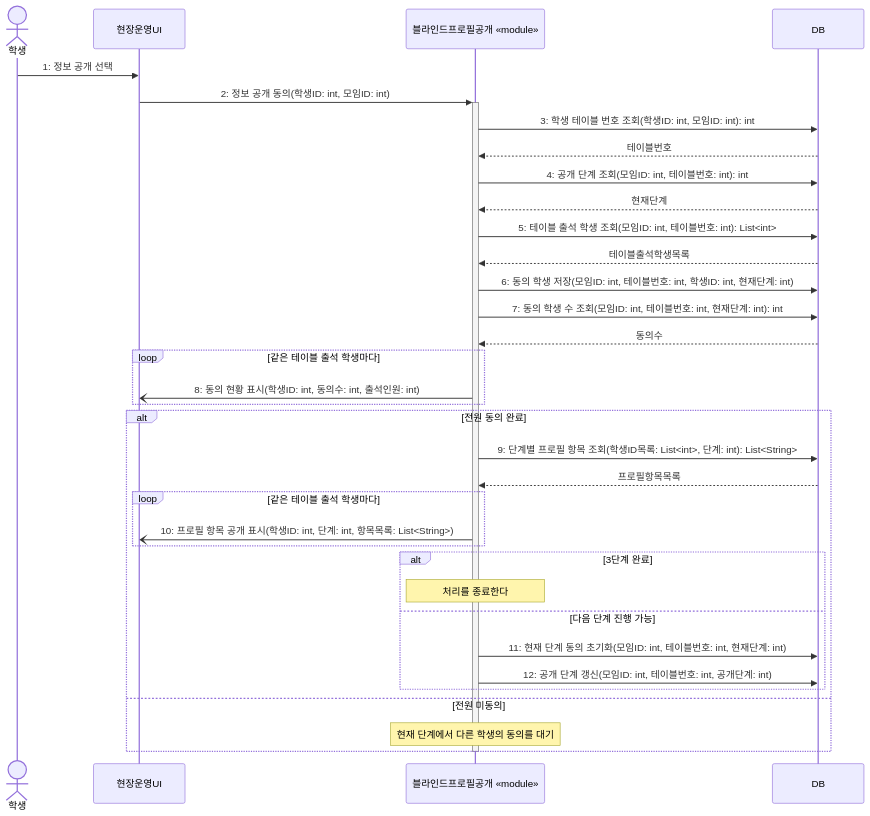
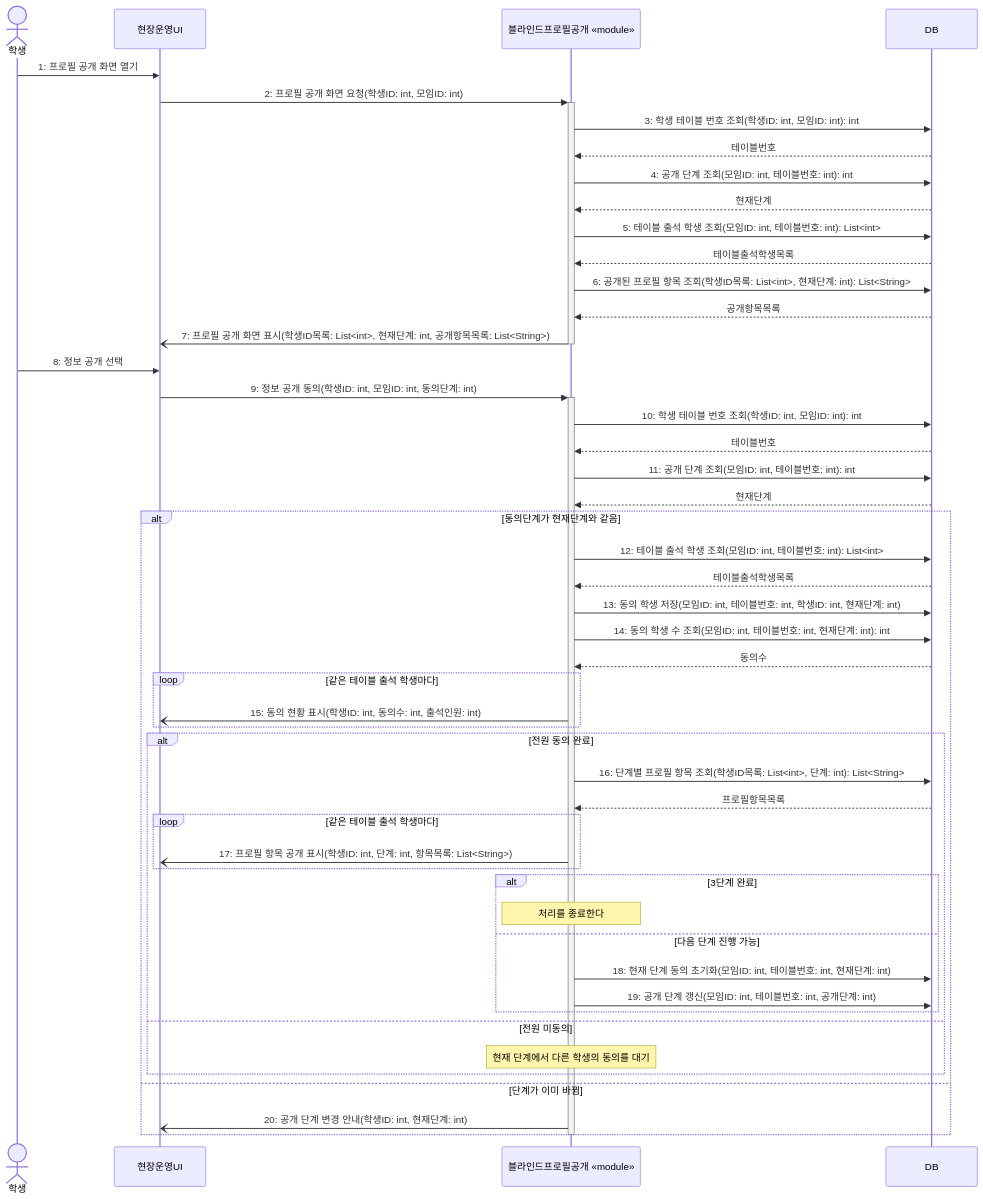
The diagram in presentation/08/2-sequence-v2.md (hojae3/sw-engineering-16), drawn with Mermaid before and after one commit. The commit also changed other lines of this file, not shown here.

Commit message:
[presentation] 8번 시퀀스 v2: 프로필 공개 화면 열기부터 시작, 동의단계를 DB 공개 단계와 비교

````diff
--- a/presentation/08/2-sequence-v2.md
+++ b/presentation/08/2-sequence-v2.md
@@ -11,41 +13,58 @@
 ```mermaid
 sequenceDiagram
     actor 학생
     participant 화면 as 현장운영UI
     participant 공개 as 블라인드프로필공개 «module»
     participant DB as DB
 
-    학생->>화면: 1: 정보 공개 선택
-    화면->>+공개: 2: 정보 공개 동의(학생ID: int, 모임ID: int)
+    학생->>화면: 1: 프로필 공개 화면 열기
+    화면->>+공개: 2: 프로필 공개 화면 요청(학생ID: int, 모임ID: int)
     공개->>DB: 3: 학생 테이블 번호 조회(학생ID: int, 모임ID: int): int
     DB-->>공개: 테이블번호
     공개->>DB: 4: 공개 단계 조회(모임ID: int, 테이블번호: int): int
     DB-->>공개: 현재단계
     공개->>DB: 5: 테이블 출석 학생 조회(모임ID: int, 테이블번호: int): List<int>
     DB-->>공개: 테이블출석학생목록
+    공개->>DB: 6: 공개된 프로필 항목 조회(학생ID목록: List<int>, 현재단계: int): List<String>
+    DB-->>공개: 공개항목목록
+    공개-)화면: 7: 프로필 공개 화면 표시(학생ID목록: List<int>, 현재단계: int, 공개항목목록: List<String>)
+    deactivate 공개
 
-    공개->>DB: 6: 동의 학생 저장(모임ID: int, 테이블번호: int, 학생ID: int, 현재단계: int)
-    공개->>DB: 7: 동의 학생 수 조회(모임ID: int, 테이블번호: int, 현재단계: int): int
-    DB-->>공개: 동의수
-    loop 같은 테이블 출석 학생마다
-        공개-)화면: 8: 동의 현황 표시(학생ID: int, 동의수: int, 출석인원: int)
-    end
+    학생->>화면: 8: 정보 공개 선택
+    화면->>+공개: 9: 정보 공개 동의(학생ID: int, 모임ID: int, 동의단계: int)
+    공개->>DB: 10: 학생 테이블 번호 조회(학생ID: int, 모임ID: int): int
+    DB-->>공개: 테이블번호
+    공개->>DB: 11: 공개 단계 조회(모임ID: int, 테이블번호: int): int
+    DB-->>공개: 현재단계
 
-    alt 전원 동의 완료
-        공개->>DB: 9: 단계별 프로필 항목 조회(학생ID목록: List<int>, 단계: int): List<String>
-        DB-->>공개: 프로필항목목록
+    alt 동의단계가 현재단계와 같음
+        공개->>DB: 12: 테이블 출석 학생 조회(모임ID: int, 테이블번호: int): List<int>
+        DB-->>공개: 테이블출석학생목록
+        공개->>DB: 13: 동의 학생 저장(모임ID: int, 테이블번호: int, 학생ID: int, 현재단계: int)
+        공개->>DB: 14: 동의 학생 수 조회(모임ID: int, 테이블번호: int, 현재단계: int): int
+        DB-->>공개: 동의수
         loop 같은 테이블 출석 학생마다
-            공개-)화면: 10: 프로필 항목 공개 표시(학생ID: int, 단계: int, 항목목록: List<String>)
+            공개-)화면: 15: 동의 현황 표시(학생ID: int, 동의수: int, 출석인원: int)
         end
 
-        alt 3단계 완료
-            Note over 공개: 처리를 종료한다
-        else 다음 단계 진행 가능
-            공개->>DB: 11: 현재 단계 동의 초기화(모임ID: int, 테이블번호: int, 현재단계: int)
-            공개->>DB: 12: 공개 단계 갱신(모임ID: int, 테이블번호: int, 공개단계: int)
+        alt 전원 동의 완료
+            공개->>DB: 16: 단계별 프로필 항목 조회(학생ID목록: List<int>, 단계: int): List<String>
+            DB-->>공개: 프로필항목목록
+            loop 같은 테이블 출석 학생마다
+                공개-)화면: 17: 프로필 항목 공개 표시(학생ID: int, 단계: int, 항목목록: List<String>)
+            end
+
+            alt 3단계 완료
+                Note over 공개: 처리를 종료한다
+            else 다음 단계 진행 가능
+                공개->>DB: 18: 현재 단계 동의 초기화(모임ID: int, 테이블번호: int, 현재단계: int)
+                공개->>DB: 19: 공개 단계 갱신(모임ID: int, 테이블번호: int, 공개단계: int)
+            end
+        else 전원 미동의
+            Note over 공개: 현재 단계에서 다른 학생의 동의를 대기
         end
-    else 전원 미동의
-        Note over 공개: 현재 단계에서 다른 학생의 동의를 대기
+    else 단계가 이미 바뀜
+        공개-)화면: 20: 공개 단계 변경 안내(학생ID: int, 현재단계: int)
     end
     deactivate 공개
 ```
````
